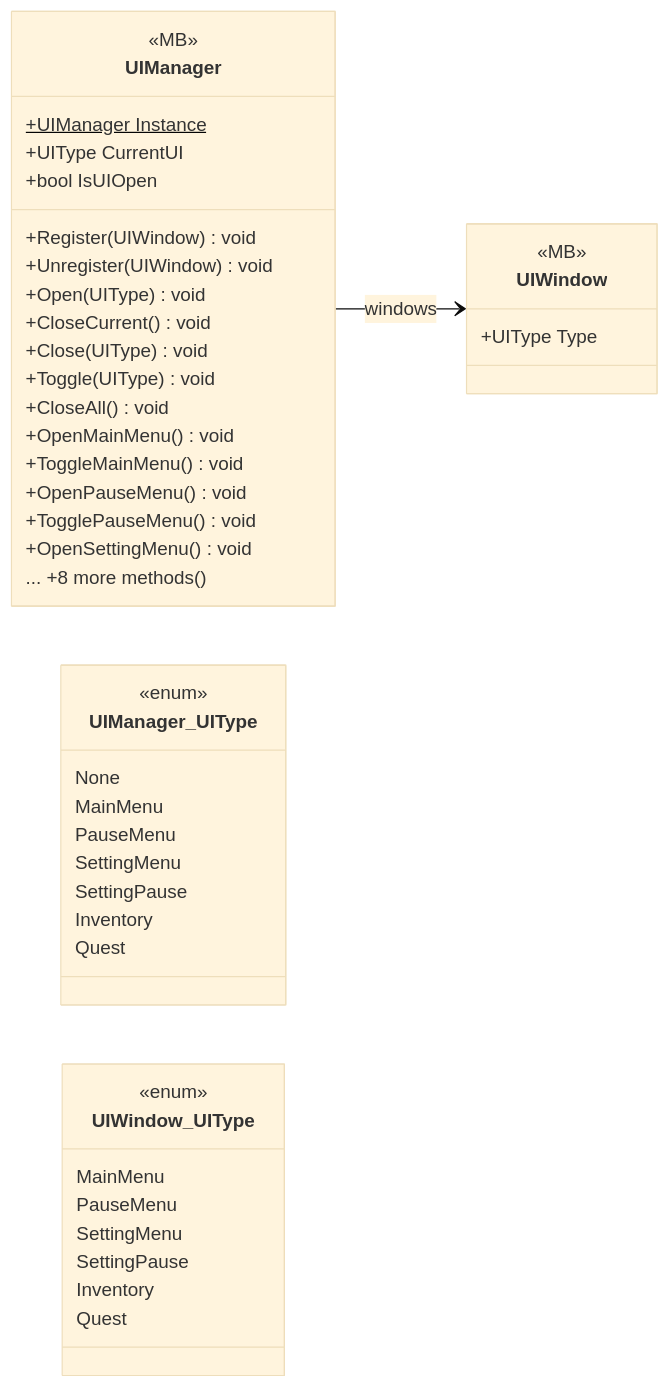
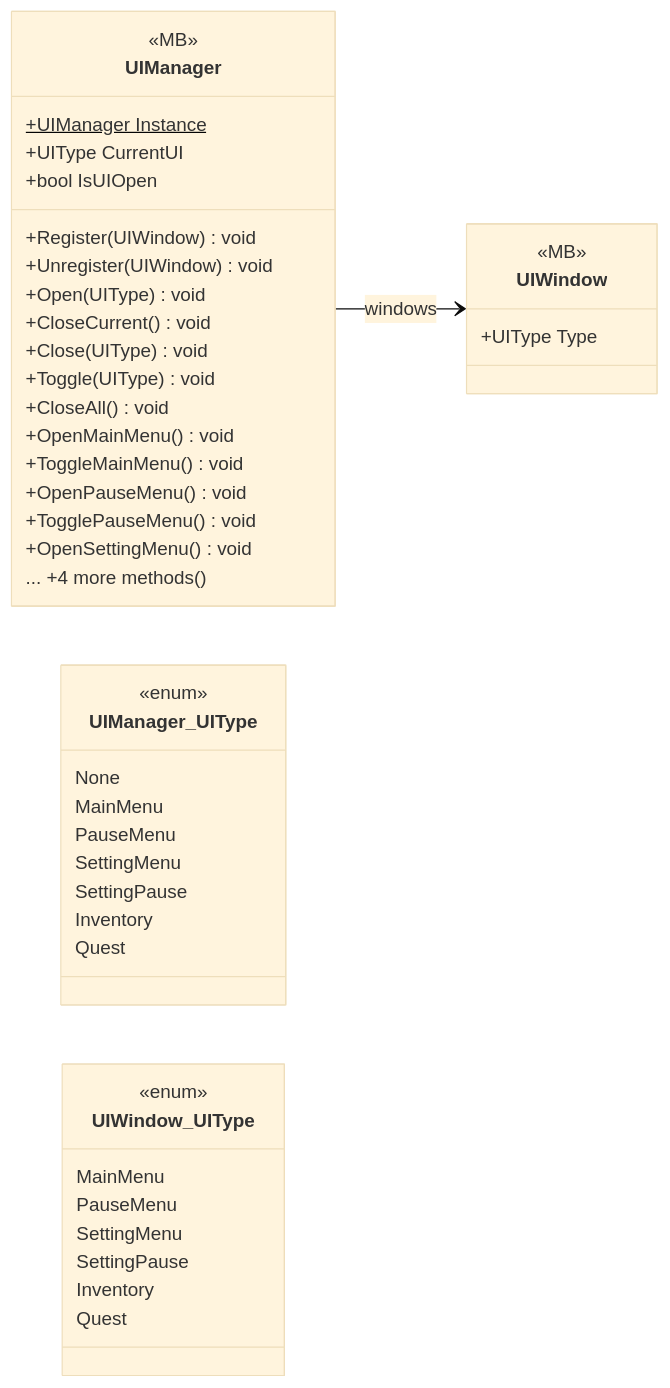
Before and after one commit to PhumipatWave/project-ocean: the diagram in docs/uml/modules/UI_UIManager.md, drawn with Mermaid (base theme). The commit also changed other lines of this file and 256 other files, not shown here.

````diff
--- a/docs/uml/modules/UI_UIManager.md
+++ b/docs/uml/modules/UI_UIManager.md
@@ -7,47 +7,47 @@
 ```mermaid
 classDiagram
   direction LR
   class UIManager {
     <<MB>>
     +UIManager Instance$
     +UIType CurrentUI
     +bool IsUIOpen
     +Register(UIWindow) void
     +Unregister(UIWindow) void
     +Open(UIType) void
     +CloseCurrent() void
     +Close(UIType) void
     +Toggle(UIType) void
     +CloseAll() void
     +OpenMainMenu() void
     +ToggleMainMenu() void
     +OpenPauseMenu() void
     +TogglePauseMenu() void
     +OpenSettingMenu() void
-    ... +8 more methods()
+    ... +4 more methods()
   }
   class UIManager_UIType {
     <<enum>>
     None
     MainMenu
     PauseMenu
     SettingMenu
     SettingPause
     Inventory
     Quest
   }
   class UIWindow {
     <<MB>>
     +UIType Type
   }
   class UIWindow_UIType {
     <<enum>>
     MainMenu
     PauseMenu
     SettingMenu
     SettingPause
     Inventory
     Quest
   }
   UIManager --> UIWindow : windows
 ```
````
